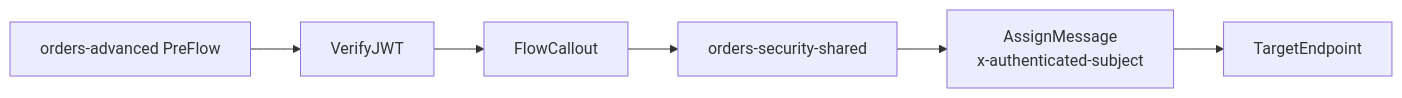
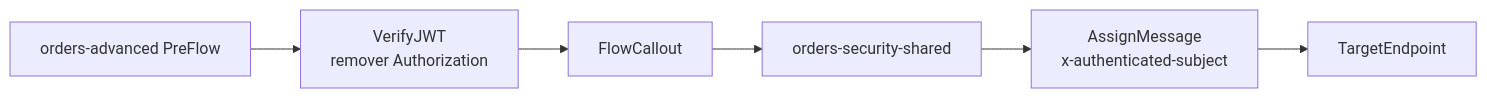
One commit to rodri-oliveira-dev/apigee-architecture-lab changed the first of 2 diagrams in examples/03-advanced/README.md. Above: the diagram before and after it, drawn with Mermaid. The commit also changed other lines of this file and 23 other files, not shown here.

````diff
--- a/examples/03-advanced/README.md
+++ b/examples/03-advanced/README.md
@@ -9,8 +9,8 @@
 ```mermaid
 flowchart LR
-    A[orders-advanced PreFlow] --> J[VerifyJWT]
+    A[orders-advanced PreFlow] --> J[VerifyJWT<br/>remover Authorization]
     J --> F[FlowCallout]
     F --> S[orders-security-shared]
     S --> H[AssignMessage<br/>x-authenticated-subject]
     H --> T[TargetEndpoint]
 ```
````
